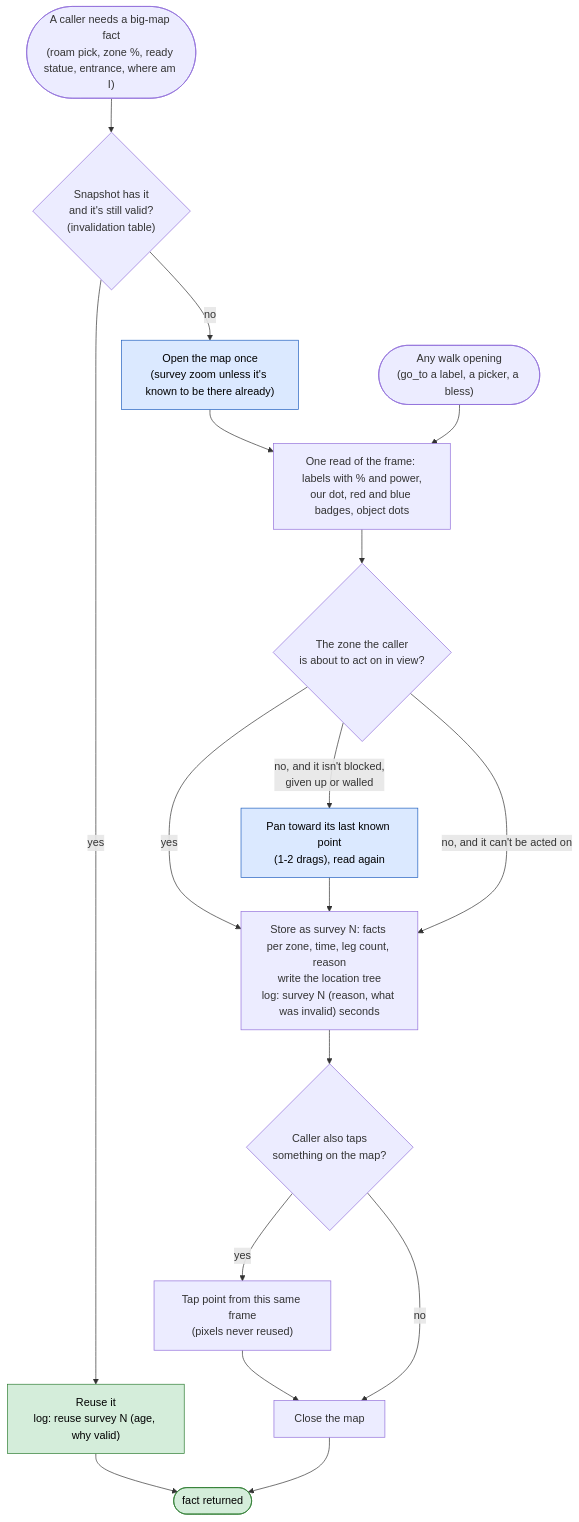
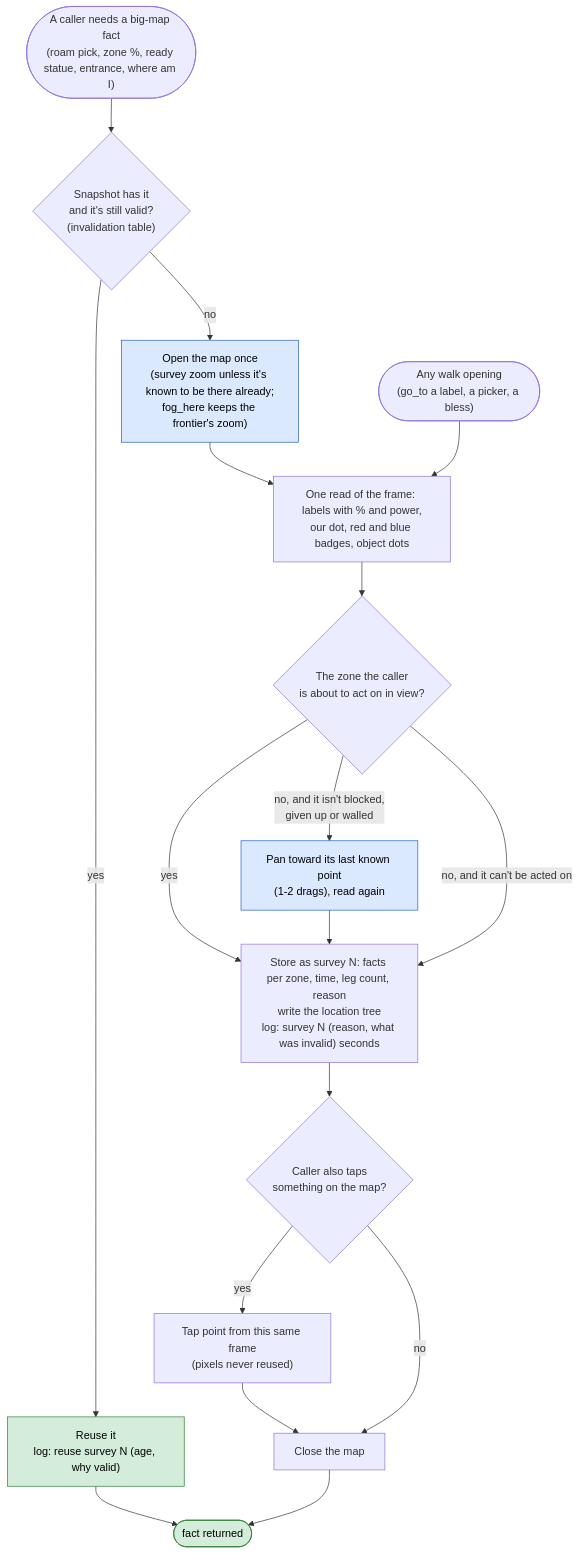
One commit to Sun-flow/sxs-agent changed the first of 2 diagrams in docs/big-map-survey.md. Above: the diagram before and after it, drawn with Mermaid. The commit also changed other lines of this file, not shown here.

First line of the commit message:
Big-map survey doc: fog_here caller, 90% no-line guard, split agreed with Clear Zone

````diff
--- a/docs/big-map-survey.md
+++ b/docs/big-map-survey.md
@@ -136,19 +137,19 @@
 ```mermaid
 flowchart TD
     C(["A caller needs a big-map fact<br/>(roam pick, zone %, ready statue, entrance, where am I)"]) --> V{"Snapshot has it<br/>and it's still valid?<br/>(invalidation table)"}
     V -->|yes| R["Reuse it<br/>log: reuse survey N (age, why valid)"] --> OUT(["fact returned"])
-    V -->|no| O["Open the map once<br/>(survey zoom unless it's known to be there already)"]
+    V -->|no| O["Open the map once<br/>(survey zoom unless it's known to be there already;<br/>fog_here keeps the frontier's zoom)"]
     O --> READ["One read of the frame: labels with % and power,<br/>our dot, red and blue badges, object dots"]
     READ --> NEED{"The zone the caller<br/>is about to act on in view?"}
     NEED -->|yes| SNAP
     NEED -->|"no, and it isn't blocked,<br/>given up or walled"| PAN["Pan toward its last known point<br/>(1-2 drags), read again"] --> SNAP
     NEED -->|"no, and it can't be acted on"| SNAP
     SNAP["Store as survey N: facts per zone, time, leg count, reason<br/>write the location tree<br/>log: survey N (reason, what was invalid) seconds"] --> TAP{"Caller also taps<br/>something on the map?"}
     TAP -->|yes| T["Tap point from this same frame<br/>(pixels never reused)"] --> CL
     TAP -->|no| CL["Close the map"] --> OUT
     W(["Any walk opening<br/>(go_to a label, a picker, a bless)"]) --> READ
     classDef ok fill:#d4edda,stroke:#2e7d32,color:#000
     classDef sub fill:#dbe9ff,stroke:#1f5fbf,color:#000
     class OUT,R ok
     class O,PAN sub
 ```
````
